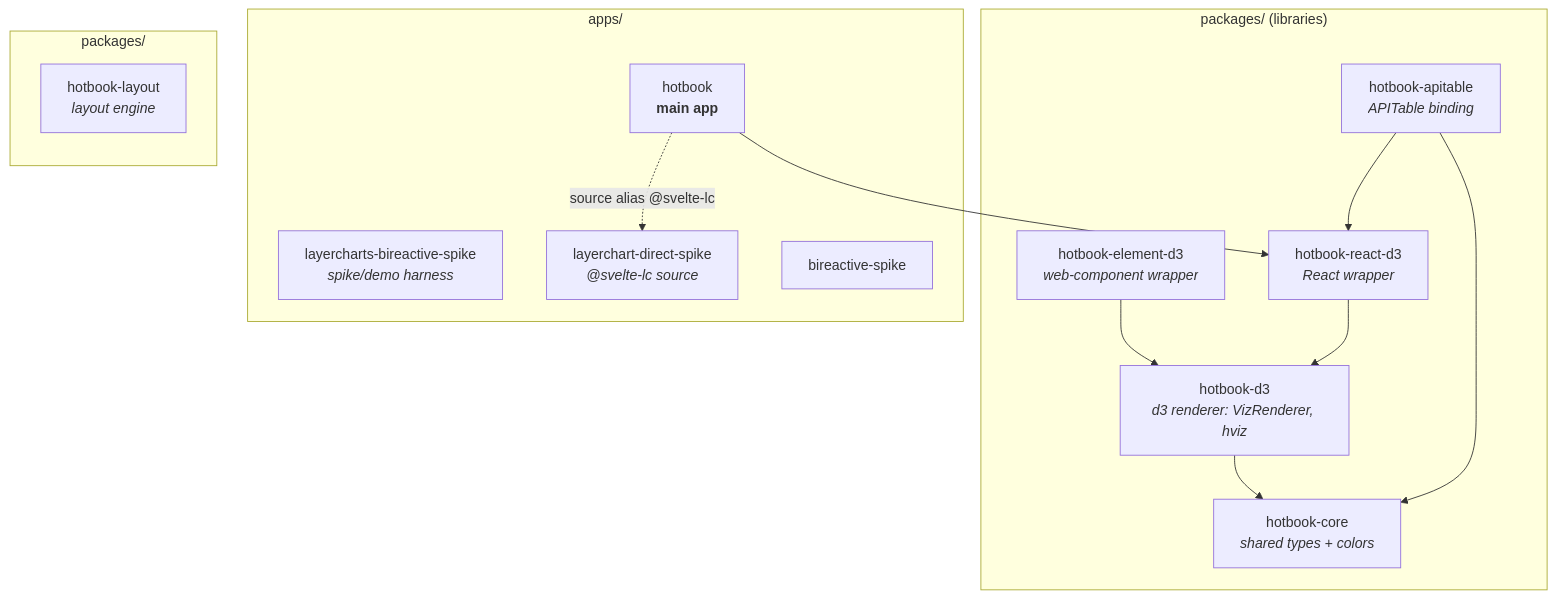
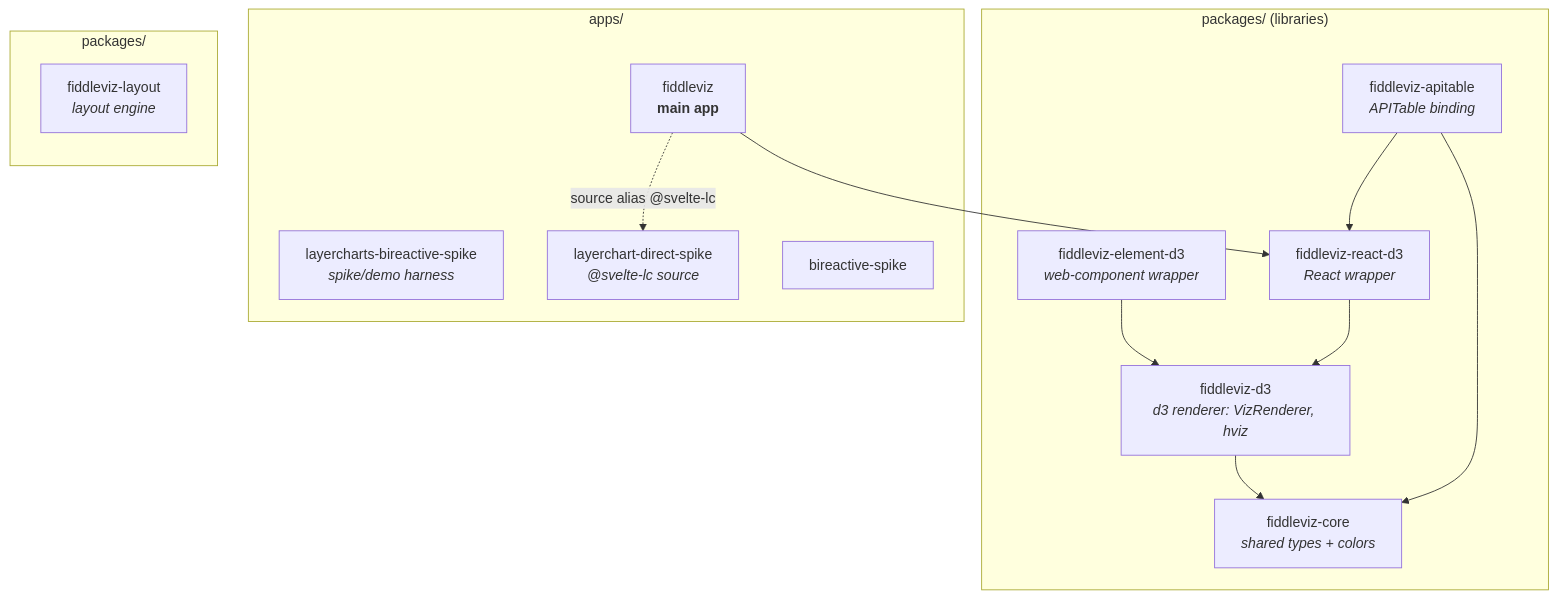
Before and after one commit to WinstonFassett/hotbook: the first of 2 diagrams in wiki/dependencies.md, drawn with Mermaid. The commit also changed other lines of this file and 128 other files, not shown here.

````diff
--- a/wiki/dependencies.md
+++ b/wiki/dependencies.md
@@ -12,30 +12,30 @@
 ```mermaid
 graph TD
   subgraph pkgs["packages/ (libraries)"]
-    core["hotbook-core<br/><i>shared types + colors</i>"]
-    vanilla["hotbook-d3<br/><i>d3 renderer: VizRenderer, hviz</i>"]
-    elem["hotbook-element-d3<br/><i>web-component wrapper</i>"]
-    reactd3["hotbook-react-d3<br/><i>React wrapper</i>"]
-    apitable["hotbook-apitable<br/><i>APITable binding</i>"]
+    core["fiddleviz-core<br/><i>shared types + colors</i>"]
+    vanilla["fiddleviz-d3<br/><i>d3 renderer: VizRenderer, hviz</i>"]
+    elem["fiddleviz-element-d3<br/><i>web-component wrapper</i>"]
+    reactd3["fiddleviz-react-d3<br/><i>React wrapper</i>"]
+    apitable["fiddleviz-apitable<br/><i>APITable binding</i>"]
   end
 
   subgraph apps["apps/"]
-    slice["hotbook<br/><b>main app</b>"]
+    slice["fiddleviz<br/><b>main app</b>"]
     brlc["layercharts-bireactive-spike<br/><i>spike/demo harness</i>"]
     sveltelc["layerchart-direct-spike<br/><i>@svelte-lc source</i>"]
     brspike["bireactive-spike"]
   end
 
   subgraph packages["packages/"]
     direction TB
-    nativelayout["hotbook-layout<br/><i>layout engine</i>"]
+    nativelayout["fiddleviz-layout<br/><i>layout engine</i>"]
   end
 
   vanilla --> core
   elem --> vanilla
   reactd3 --> vanilla
   apitable --> core
   apitable --> reactd3
   slice --> reactd3
   slice -. "source alias @svelte-lc" .-> sveltelc
 ```
````
